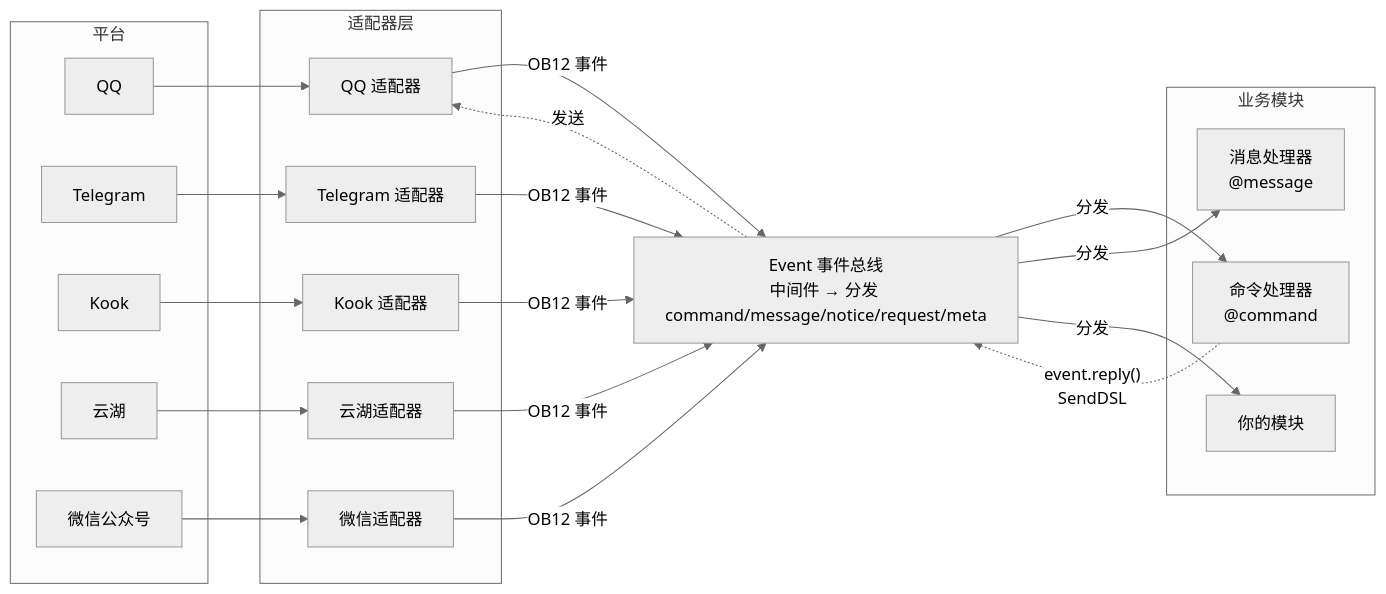
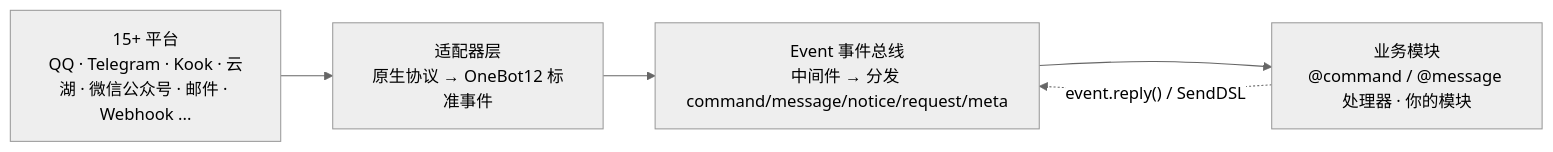
One commit to ErisPulse/ErisPulse changed the first of 2 diagrams in README.zh-CN.md. Above: the diagram before and after it, drawn with Mermaid (neutral theme). The commit also changed other lines of this file and 828 other files, not shown here.

````diff
--- a/README.zh-CN.md
+++ b/README.zh-CN.md
@@ -112,45 +110,9 @@
 ```mermaid
 graph LR
-    subgraph Platforms[平台]
-        QQ["QQ"]
-        TG["Telegram"]
-        Kook["Kook"]
-        YH["云湖"]
-        WX["微信公众号"]
-    end
-
-    subgraph Adapters[适配器层]
-        A1["QQ 适配器"]
-        A2["Telegram 适配器"]
-        A3["Kook 适配器"]
-        A4["云湖适配器"]
-        A5["微信适配器"]
-    end
-
+    P["15+ 平台<br/>QQ · Telegram · Kook · 云湖 · 微信公众号 · 邮件 · Webhook ..."]
+    A["适配器层<br/>原生协议 → OneBot12 标准事件"]
     Event["Event 事件总线<br/>中间件 → 分发 command/message/notice/request/meta"]
-
-    subgraph Modules[业务模块]
-        M1["命令处理器<br/>@command"]
-        M2["消息处理器<br/>@message"]
-        M3["你的模块"]
-    end
-
-    QQ --> A1
-    TG --> A2
-    Kook --> A3
-    YH --> A4
-    WX --> A5
-
-    A1 -->|"OB12 事件"| Event
-    A2 -->|"OB12 事件"| Event
-    A3 -->|"OB12 事件"| Event
-    A4 -->|"OB12 事件"| Event
-    A5 -->|"OB12 事件"| Event
-
-    Event -->|"分发"| M1
-    Event -->|"分发"| M2
-    Event -->|"分发"| M3
-
-    M1 -.->|"event.reply()<br/>SendDSL"| Event
-    Event -.->|"发送"| A1
+    M["业务模块<br/>@command / @message 处理器 · 你的模块"]
+    P --> A --> Event --> M
+    M -.->|"event.reply() / SendDSL"| Event
 ```
````
